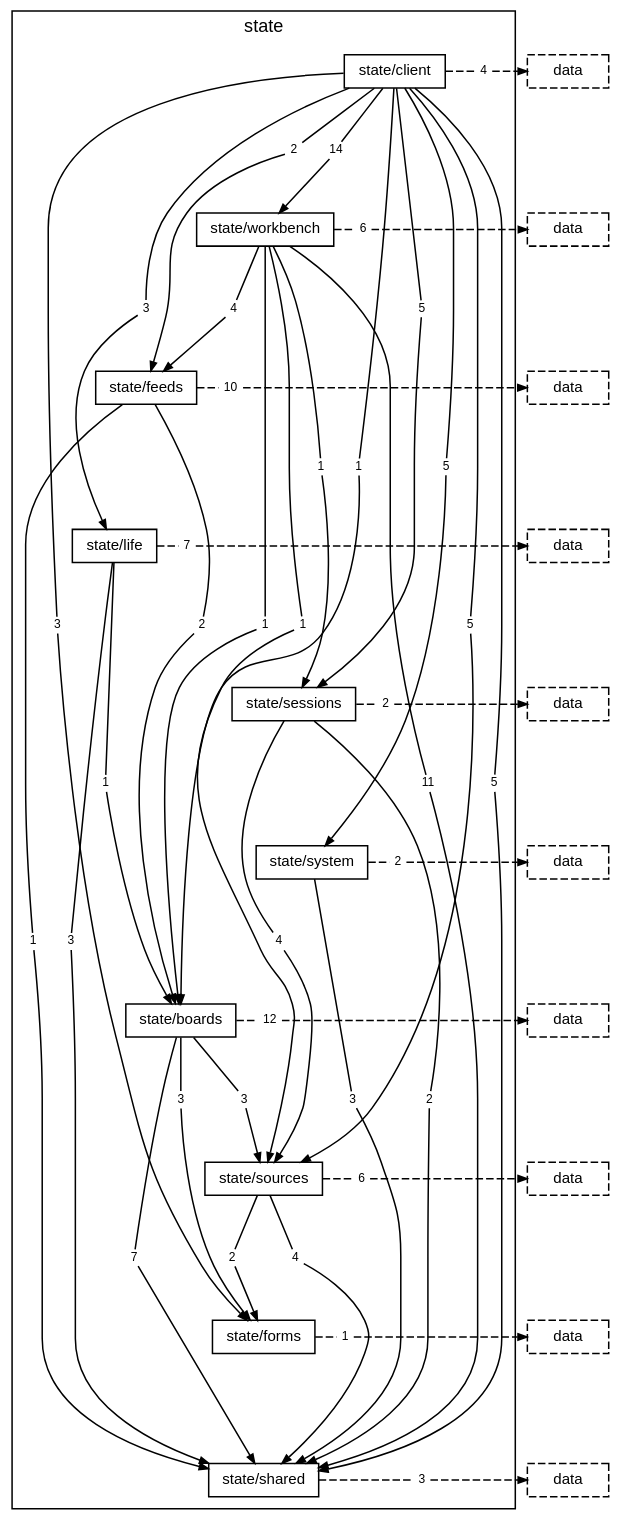
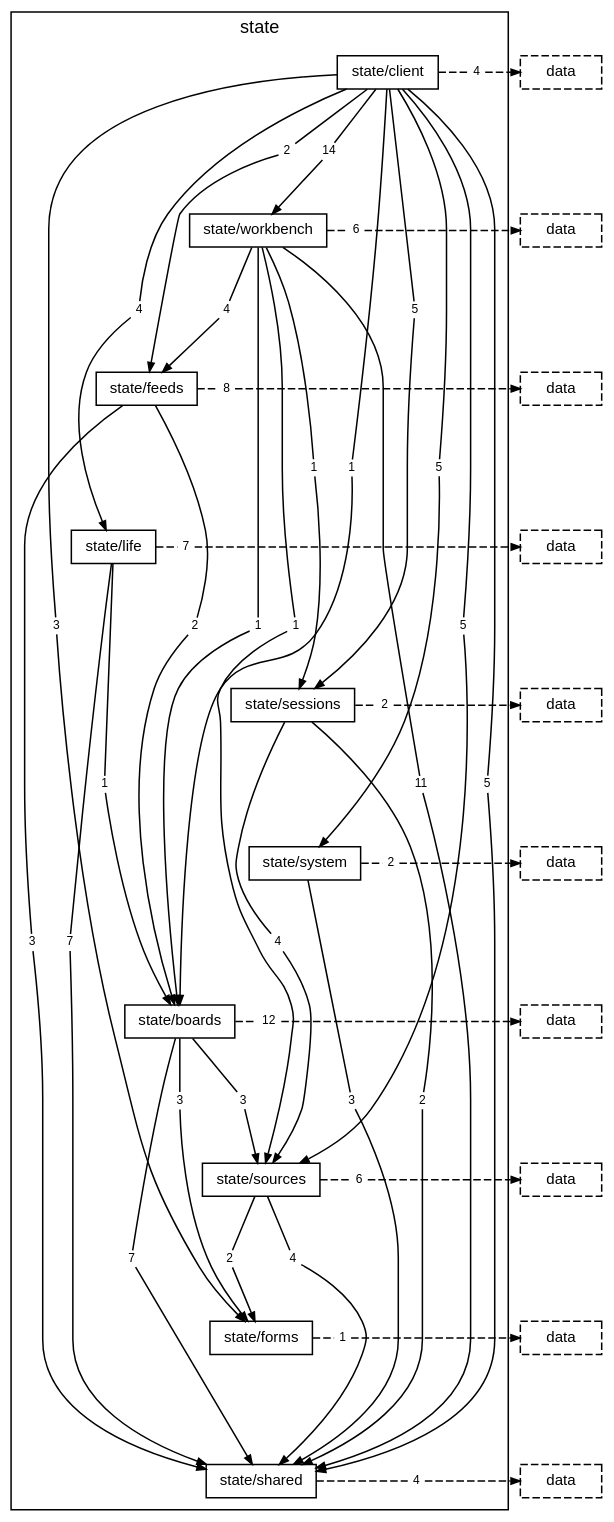
The diagram in docs/diagrams/layer-state.dot (TheAxeC/oculus), drawn with Graphviz before and after one commit. The commit also changed 115 other files, not shown here.

```diff
--- a/docs/diagrams/layer-state.dot
+++ b/docs/diagrams/layer-state.dot
@@ -17,7 +17,7 @@
         "folder state/client to folder state/boards" [label="1", shape=box, color="transparent", fontsize=8, width=0, height=0, margin="0.04,0.02"];
         "folder state/client to folder state/feeds" [label="2", shape=box, color="transparent", fontsize=8, width=0, height=0, margin="0.04,0.02"];
         "folder state/client to folder state/forms" [label="3", shape=box, color="transparent", fontsize=8, width=0, height=0, margin="0.04,0.02"];
-        "folder state/client to folder state/life" [label="3", shape=box, color="transparent", fontsize=8, width=0, height=0, margin="0.04,0.02"];
+        "folder state/client to folder state/life" [label="4", shape=box, color="transparent", fontsize=8, width=0, height=0, margin="0.04,0.02"];
         "folder state/client to folder state/sessions" [label="5", shape=box, color="transparent", fontsize=8, width=0, height=0, margin="0.04,0.02"];
         "folder state/client to folder state/shared" [label="5", shape=box, color="transparent", fontsize=8, width=0, height=0, margin="0.04,0.02"];
         "folder state/client to folder state/sources" [label="5", shape=box, color="transparent", fontsize=8, width=0, height=0, margin="0.04,0.02"];
@@ -31,10 +31,10 @@
         "folder state/workbench to folder state/sources" [label="1", shape=box, color="transparent", fontsize=8, width=0, height=0, margin="0.04,0.02"];
         "folder state/workbench to layer data" [label="6", shape=box, color="transparent", fontsize=8, width=0, height=0, margin="0.04,0.02"];
         "folder state/feeds to folder state/boards" [label="2", shape=box, color="transparent", fontsize=8, width=0, height=0, margin="0.04,0.02"];
-        "folder state/feeds to folder state/shared" [label="1", shape=box, color="transparent", fontsize=8, width=0, height=0, margin="0.04,0.02"];
-        "folder state/feeds to layer data" [label="10", shape=box, color="transparent", fontsize=8, width=0, height=0, margin="0.04,0.02"];
+        "folder state/feeds to folder state/shared" [label="3", shape=box, color="transparent", fontsize=8, width=0, height=0, margin="0.04,0.02"];
+        "folder state/feeds to layer data" [label="8", shape=box, color="transparent", fontsize=8, width=0, height=0, margin="0.04,0.02"];
         "folder state/life to folder state/boards" [label="1", shape=box, color="transparent", fontsize=8, width=0, height=0, margin="0.04,0.02"];
-        "folder state/life to folder state/shared" [label="3", shape=box, color="transparent", fontsize=8, width=0, height=0, margin="0.04,0.02"];
+        "folder state/life to folder state/shared" [label="7", shape=box, color="transparent", fontsize=8, width=0, height=0, margin="0.04,0.02"];
         "folder state/life to layer data" [label="7", shape=box, color="transparent", fontsize=8, width=0, height=0, margin="0.04,0.02"];
         "folder state/sessions to folder state/shared" [label="2", shape=box, color="transparent", fontsize=8, width=0, height=0, margin="0.04,0.02"];
         "folder state/sessions to folder state/sources" [label="4", shape=box, color="transparent", fontsize=8, width=0, height=0, margin="0.04,0.02"];
@@ -49,7 +49,7 @@
         "folder state/sources to folder state/shared" [label="4", shape=box, color="transparent", fontsize=8, width=0, height=0, margin="0.04,0.02"];
         "folder state/sources to layer data" [label="6", shape=box, color="transparent", fontsize=8, width=0, height=0, margin="0.04,0.02"];
         "folder state/forms to layer data" [label="1", shape=box, color="transparent", fontsize=8, width=0, height=0, margin="0.04,0.02"];
-        "folder state/shared to layer data" [label="3", shape=box, color="transparent", fontsize=8, width=0, height=0, margin="0.04,0.02"];
+        "folder state/shared to layer data" [label="4", shape=box, color="transparent", fontsize=8, width=0, height=0, margin="0.04,0.02"];
     }
     "layer data from folder state/client" [label="data", style=dashed];
     "layer data from folder state/workbench" [label="data", style=dashed];
```
